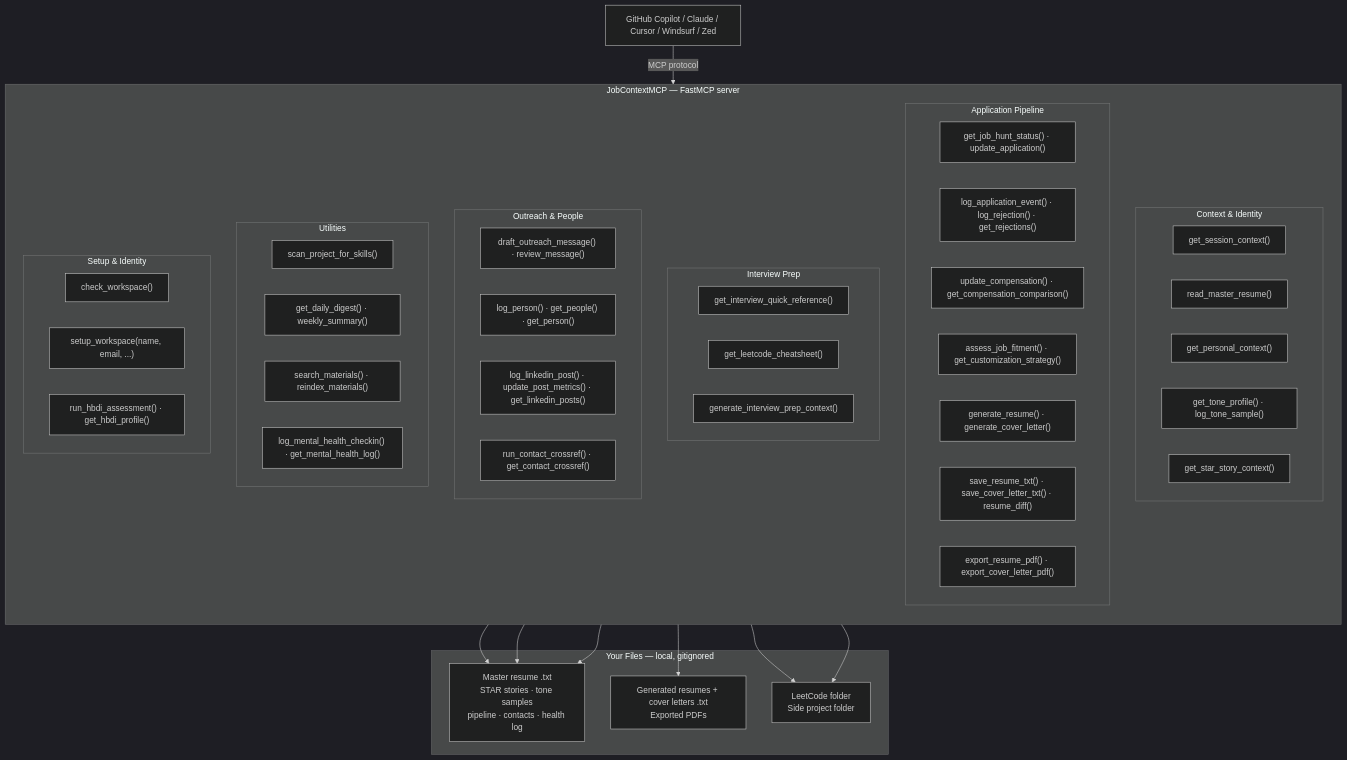
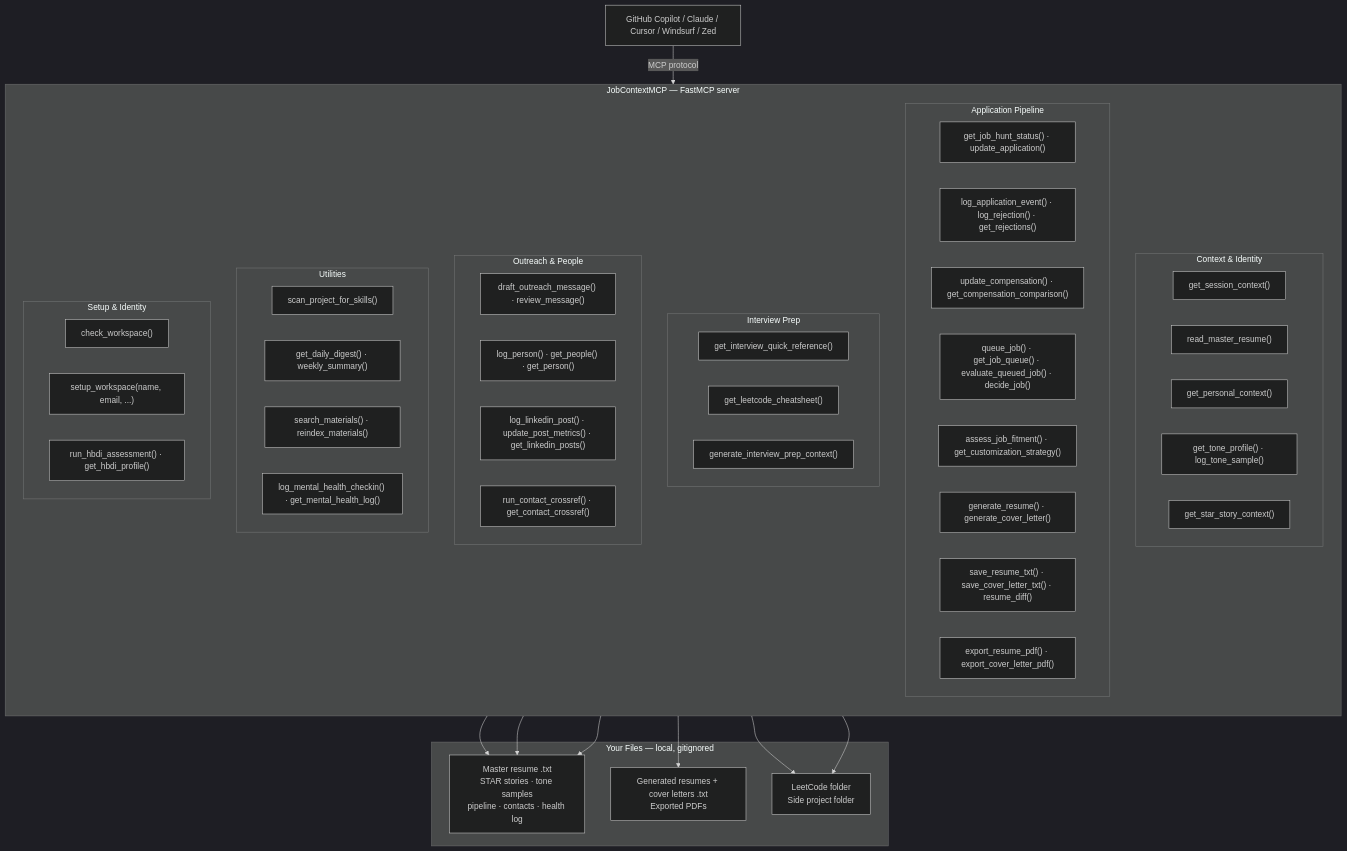
Before and after one commit to JustLikeFrank3/jobContextMCP: the first of 2 diagrams in README.md, drawn with Mermaid (dark theme). The commit also changed other lines of this file and 7 other files, not shown here.

First line of the commit message:
feat: job evaluation queue (queue_job, get_job_queue, evaluate_queued_job, decide_job)

````diff
--- a/README.md
+++ b/README.md
@@ -49,67 +49,68 @@
 ```mermaid
 graph TB
     AI["GitHub Copilot / Claude / Cursor / Windsurf / Zed"]
 
     AI -->|MCP protocol| SERVER
 
     subgraph SERVER["JobContextMCP  —  FastMCP server"]
         direction TB
 
         subgraph CTX["Context & Identity"]
             T1["get_session_context()"]
             T2["read_master_resume()"]
             T3["get_personal_context()"]
             T4["get_tone_profile() · log_tone_sample()"]
             T5["get_star_story_context()"]
         end
 
         subgraph PIPELINE["Application Pipeline"]
             T6["get_job_hunt_status() · update_application()"]
             T6b["log_application_event() · log_rejection() · get_rejections()"]
             T6c["update_compensation() · get_compensation_comparison()"]
+            T6d["queue_job() · get_job_queue() · evaluate_queued_job() · decide_job()"]
             T7["assess_job_fitment() · get_customization_strategy()"]
             T8["generate_resume() · generate_cover_letter()"]
             T9["save_resume_txt() · save_cover_letter_txt() · resume_diff()"]
             T10["export_resume_pdf() · export_cover_letter_pdf()"]
         end
 
         subgraph INTERVIEW["Interview Prep"]
             T11["get_interview_quick_reference()"]
             T12["get_leetcode_cheatsheet()"]
             T13["generate_interview_prep_context()"]
         end
 
         subgraph NETWORK["Outreach & People"]
             T14["draft_outreach_message() · review_message()"]
             T15["log_person() · get_people() · get_person()"]
             T19["log_linkedin_post() · update_post_metrics() · get_linkedin_posts()"]
             T23["run_contact_crossref() · get_contact_crossref()"]
         end
 
         subgraph UTIL["Utilities"]
             T16["scan_project_for_skills()"]
             T16b["get_daily_digest() · weekly_summary()"]
             T17["search_materials() · reindex_materials()"]
             T18["log_mental_health_checkin() · get_mental_health_log()"]
         end
 
         subgraph SETUP["Setup & Identity"]
             T20["check_workspace()"]
             T21["setup_workspace(name, email, ...)"]
             T22["run_hbdi_assessment() · get_hbdi_profile()"]
         end
     end
 
     subgraph FILES["Your Files  —  local, gitignored"]
         F1["Master resume .txt\nSTAR stories · tone samples\npipeline · contacts · health log"]
         F2["Generated resumes + cover letters .txt\nExported PDFs"]
         F3["LeetCode folder\nSide project folder"]
     end
 
     CTX --> F1
     PIPELINE --> F1
     PIPELINE --> F2
     INTERVIEW --> F3
     UTIL --> F3
     UTIL --> F1
 ```
````
